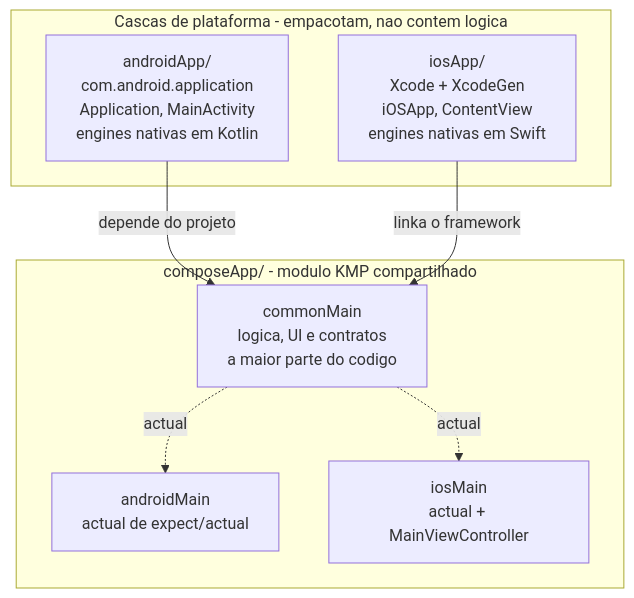
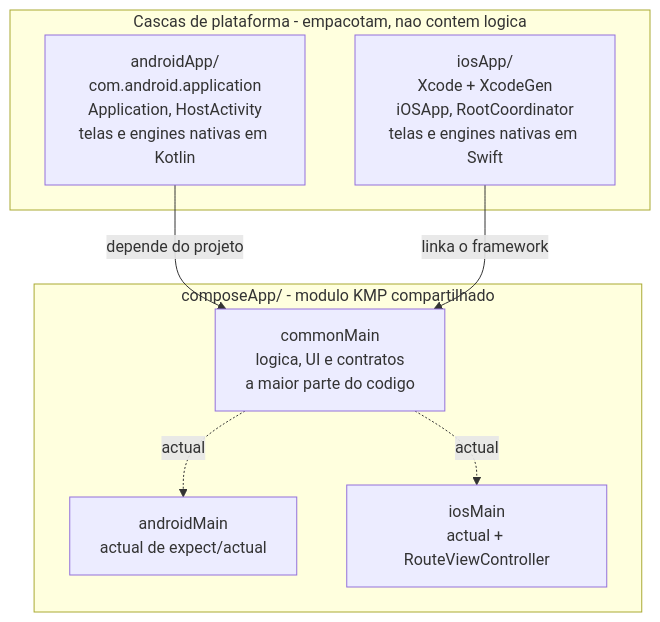
Before and after one commit to christianalexandre/kmp-foundation: the first of 5 diagrams in docs/sdd/03_mapa_de_codigo.md, drawn with Mermaid. The commit also changed other lines of this file and 3 other files, not shown here.

````diff
--- a/docs/sdd/03_mapa_de_codigo.md
+++ b/docs/sdd/03_mapa_de_codigo.md
@@ -8,18 +8,18 @@
 ```mermaid
 graph TB
     subgraph cascas["Cascas de plataforma - empacotam, nao contem logica"]
-        androidApp["androidApp/<br/>com.android.application<br/>Application, MainActivity<br/>engines nativas em Kotlin"]
-        iosApp["iosApp/<br/>Xcode + XcodeGen<br/>iOSApp, ContentView<br/>engines nativas em Swift"]
+        androidApp["androidApp/<br/>com.android.application<br/>Application, HostActivity<br/>telas e engines nativas em Kotlin"]
+        iosApp["iosApp/<br/>Xcode + XcodeGen<br/>iOSApp, RootCoordinator<br/>telas e engines nativas em Swift"]
     end
 
     subgraph shared["composeApp/ - modulo KMP compartilhado"]
         commonMain["commonMain<br/>logica, UI e contratos<br/>a maior parte do codigo"]
         androidMain["androidMain<br/>actual de expect/actual"]
-        iosMain["iosMain<br/>actual + MainViewController"]
+        iosMain["iosMain<br/>actual + RouteViewController"]
     end
 
     androidApp -->|depende do projeto| commonMain
     iosApp -->|linka o framework| commonMain
     commonMain -.->|actual| androidMain
     commonMain -.->|actual| iosMain
 ```
````
